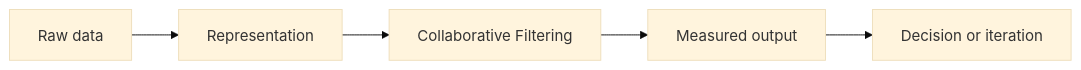
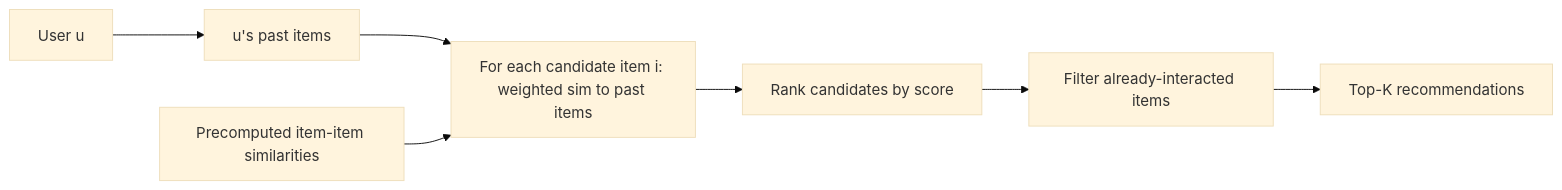
Before and after one commit to Icon1cc/Machine-Learning: the diagram in recommender-systems/02-collaborative-filtering.md, drawn with Mermaid (base theme). The commit also changed other lines of this file and 264 other files, not shown here.

````diff
--- a/recommender-systems/02-collaborative-filtering.md
+++ b/recommender-systems/02-collaborative-filtering.md
@@ -92,7 +278,9 @@
 ```mermaid
 flowchart LR
-    A[Raw data] --> B[Representation]
-    B --> C[Collaborative Filtering]
-    C --> D[Measured output]
-    D --> E[Decision or iteration]
+    U[User u] --> H[u's past items]
+    H --> S[For each candidate item i: weighted sim to past items]
+    Sim[Precomputed item-item similarities] --> S
+    S --> R[Rank candidates by score]
+    R --> F[Filter already-interacted items]
+    F --> Top[Top-K recommendations]
 ```
````
